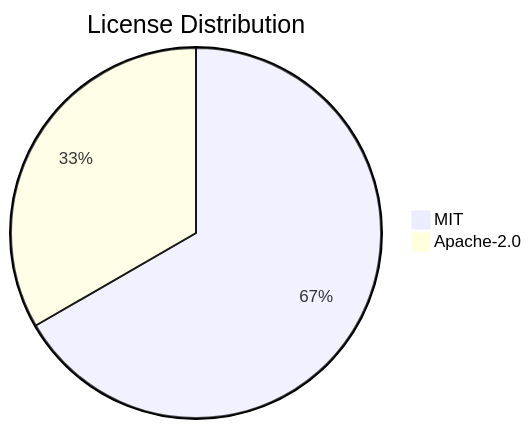
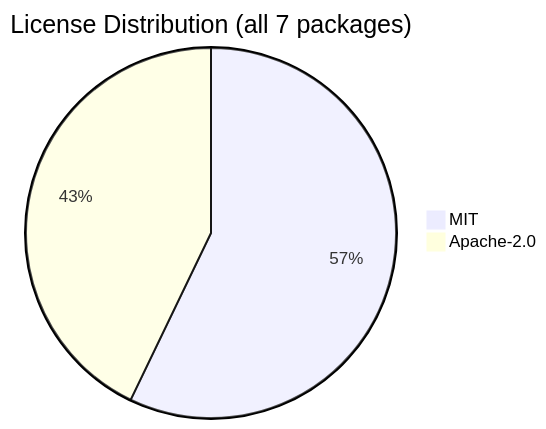
One commit to svenroth-ai/shipwright changed the diagram in .shipwright/compliance/sbom.md. Above: the diagram before and after it, drawn with Mermaid. The commit also changed other lines of this file and 30 other files, not shown here.

````diff
--- a/.shipwright/compliance/sbom.md
+++ b/.shipwright/compliance/sbom.md
@@ -17,5 +18,5 @@
 ```mermaid
-pie title License Distribution
-    "MIT" : 2
-    "Apache-2.0" : 1
+pie title License Distribution (all 7 packages)
+    "MIT" : 4
+    "Apache-2.0" : 3
 ```
````
